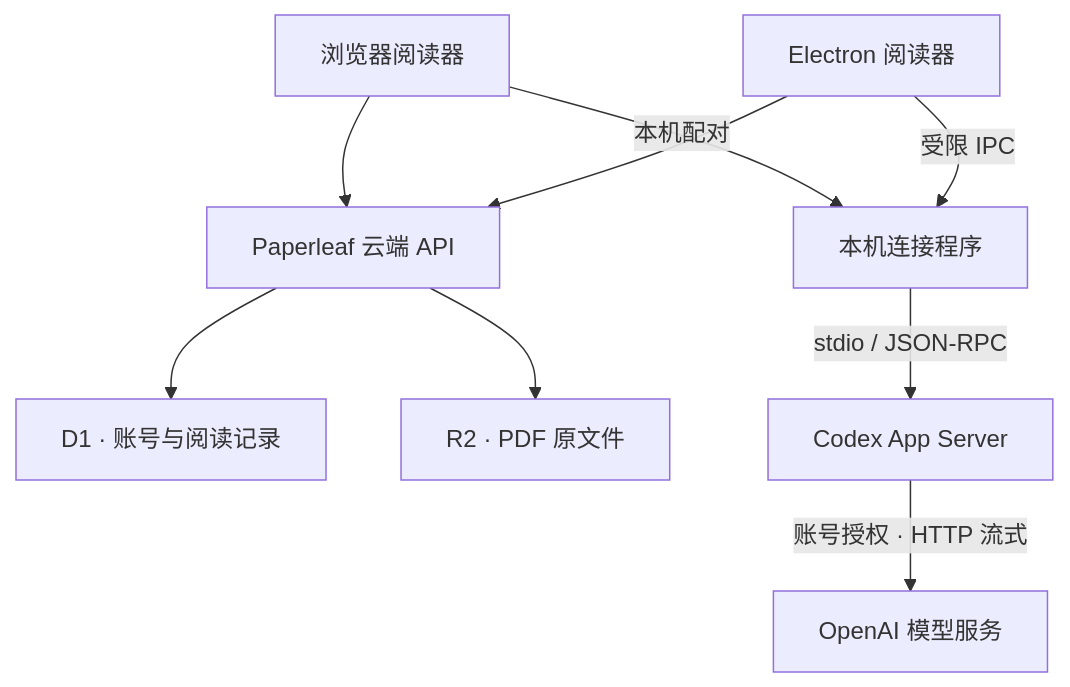
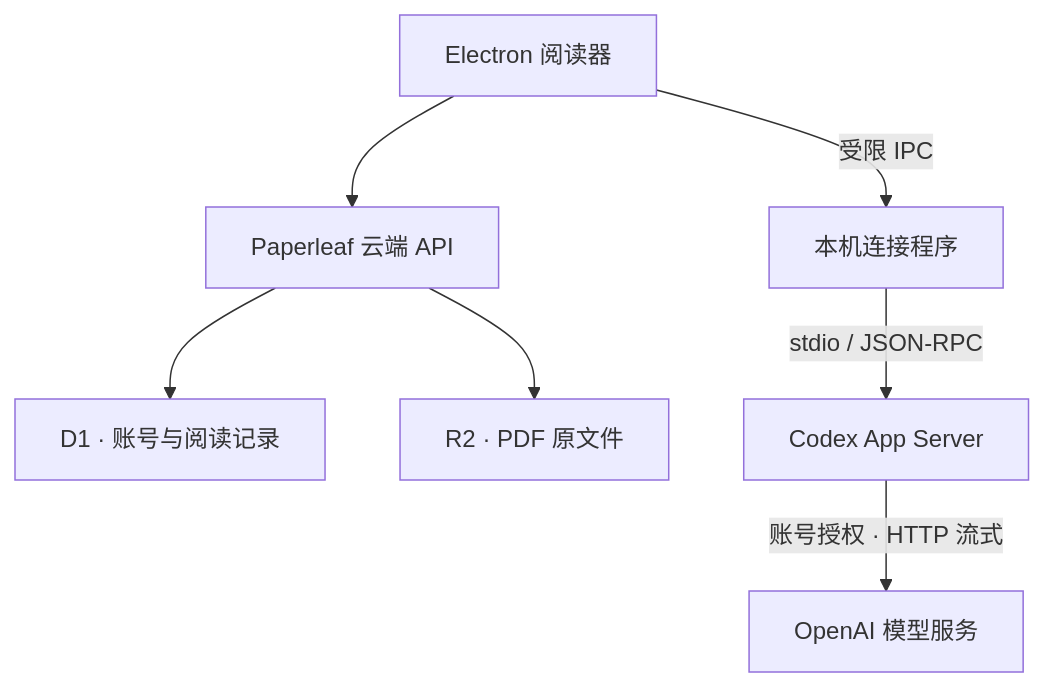
Before and after one commit to XCZchaos/paperleaf-reader: the diagram in README.md, drawn with Mermaid. The commit also changed other lines of this file and 42 other files, not shown here.

````diff
--- a/README.md
+++ b/README.md
@@ -132,11 +142,9 @@
 ```mermaid
 flowchart TB
-  Web["浏览器阅读器"] --> API["Paperleaf 云端 API"]
-  Desktop["Electron 阅读器"] --> API
+  Desktop["Electron 阅读器"] --> API["Paperleaf 云端 API"]
   API --> D1["D1 · 账号与阅读记录"]
   API --> R2["R2 · PDF 原文件"]
-  Web -->|"本机配对"| Bridge["本机连接程序"]
-  Desktop -->|"受限 IPC"| Bridge
+  Desktop -->|"受限 IPC"| Bridge["本机连接程序"]
   Bridge -->|"stdio / JSON-RPC"| Codex["Codex App Server"]
   Codex -->|"账号授权 · HTTP 流式"| Model["OpenAI 模型服务"]
 ```
````
